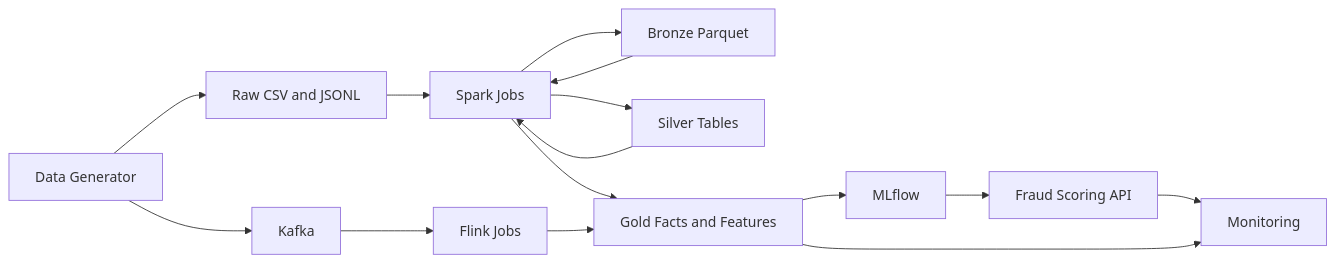
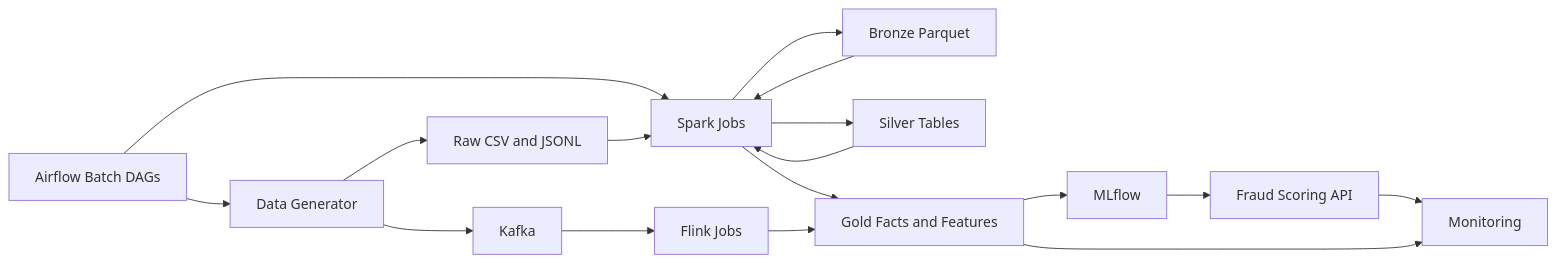
One commit to hiendat04/fraudstream changed the diagram in README.md. Above: the diagram before and after it, drawn with Mermaid. The commit also changed other lines of this file and 30 other files, not shown here.

Commit message:
feat: add Airflow DAGs for raw-to-Bronze, bronze to silver-gold, and offline feature processing with validation

````diff
--- a/README.md
+++ b/README.md
@@ -44,31 +45,34 @@
 ```mermaid
 flowchart LR
     generator[Data Generator]
+    airflow[Airflow Batch DAGs]
     raw[Raw CSV and JSONL]
     kafka[Kafka]
     spark[Spark Jobs]
     flink[Flink Jobs]
     bronze[Bronze Parquet]
     silver[Silver Tables]
     gold[Gold Facts and Features]
     mlflow[MLflow]
     api[Fraud Scoring API]
     monitor[Monitoring]
 
+    airflow --> generator
+    airflow --> spark
     generator --> raw
     raw --> spark
     spark --> bronze
     bronze --> spark
     spark --> silver
     silver --> spark
     spark --> gold
 
     generator --> kafka
     kafka --> flink
     flink --> gold
 
     gold --> mlflow
     mlflow --> api
     api --> monitor
     gold --> monitor
 ```
````
